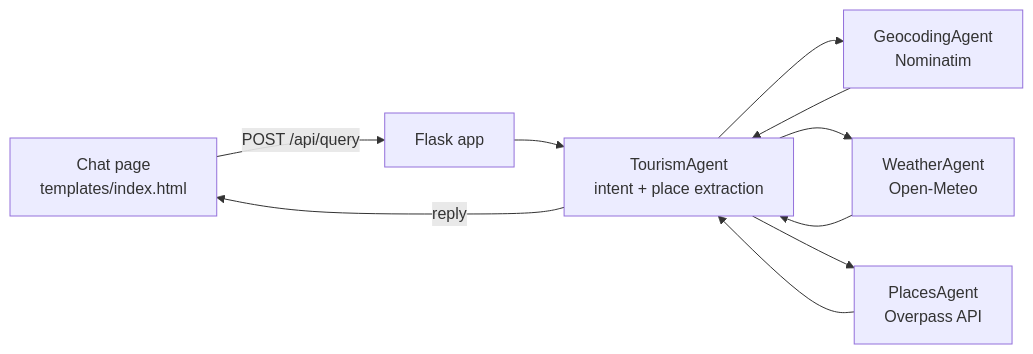
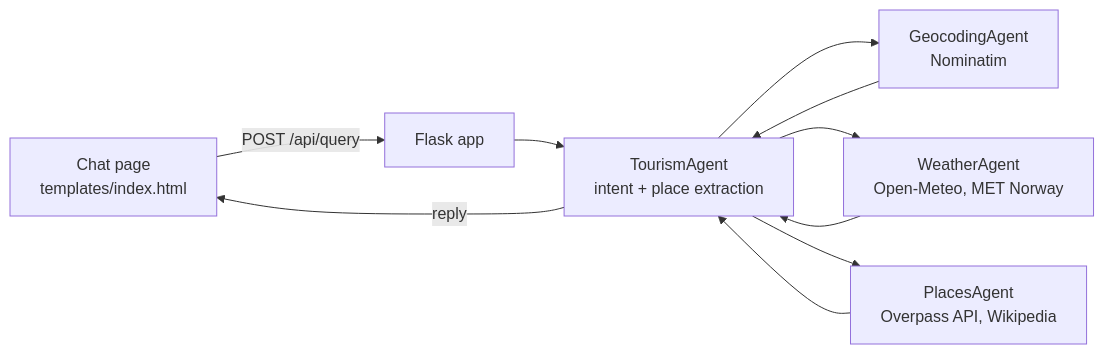
The diagram in README.md (Lingu17/tourist-system), drawn with Mermaid before and after one commit. The commit also changed other lines of this file, not shown here.

First line of the commit message:
Update README for the API fallbacks and drop the Overpass 406 note

````diff
--- a/README.md
+++ b/README.md
@@ -72,10 +72,10 @@
 ```mermaid
 flowchart LR
     UI[Chat page<br/>templates/index.html] -->|POST /api/query| API[Flask app]
     API --> T[TourismAgent<br/>intent + place extraction]
     T --> G[GeocodingAgent<br/>Nominatim]
-    T --> W[WeatherAgent<br/>Open-Meteo]
-    T --> P[PlacesAgent<br/>Overpass API]
+    T --> W[WeatherAgent<br/>Open-Meteo, MET Norway]
+    T --> P[PlacesAgent<br/>Overpass API, Wikipedia]
     G & W & P --> T
     T -->|reply| UI
 ```
````
